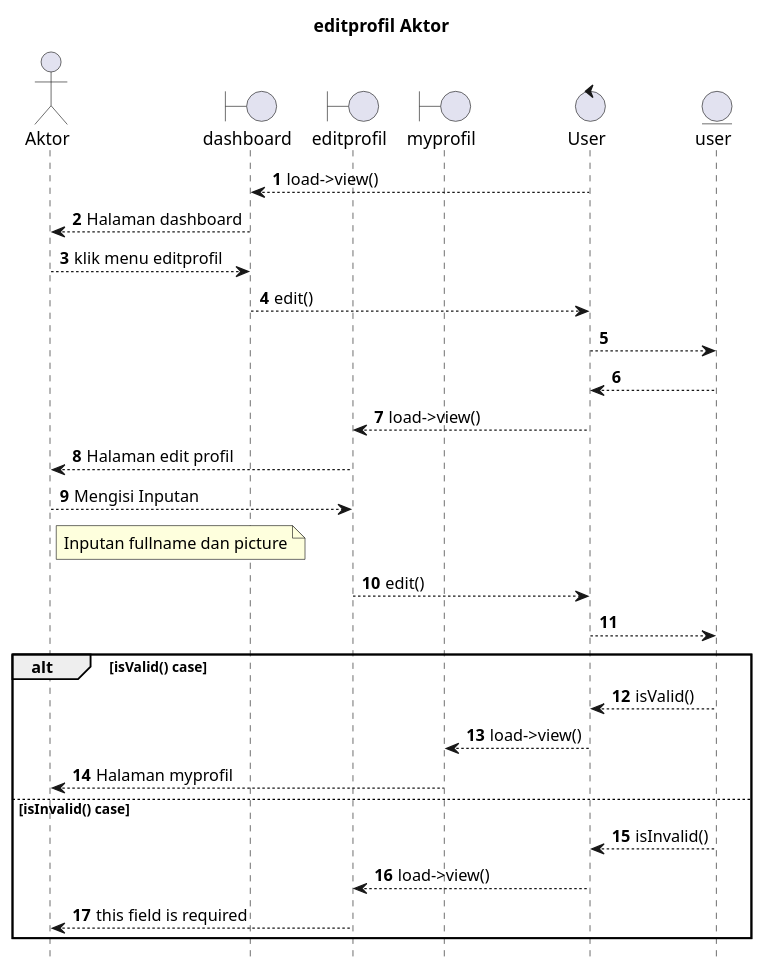
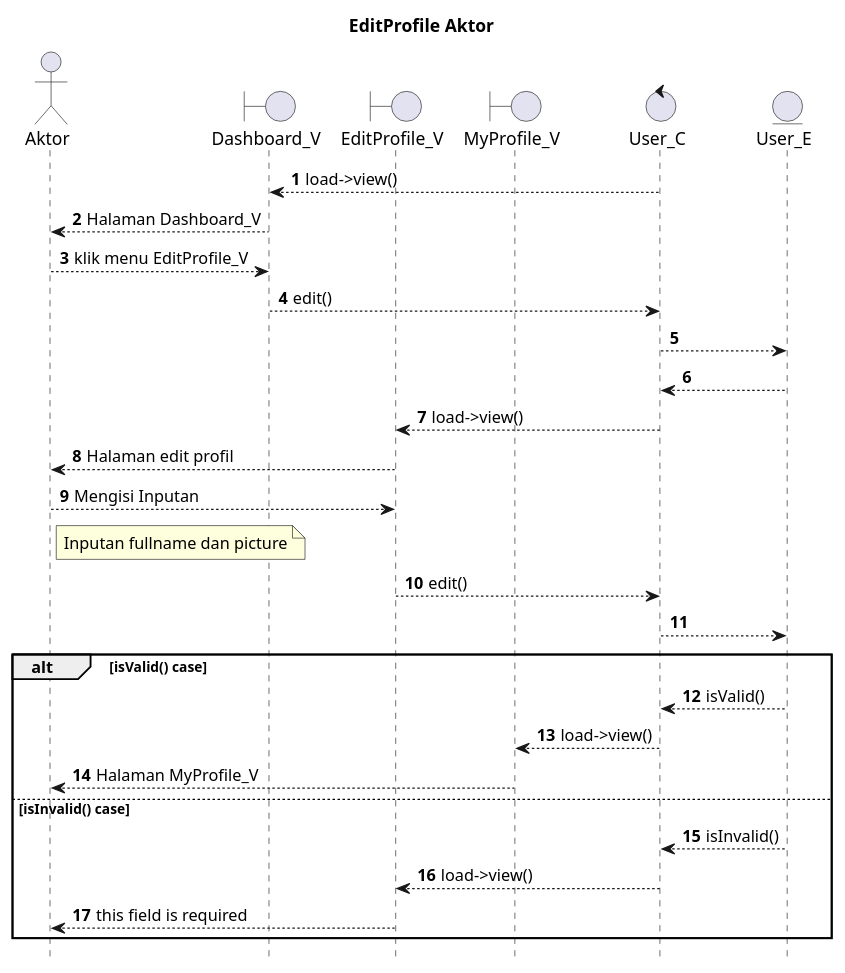
Before and after one commit to kurniado729/sistem_kp: the diagram in UML/user/editprofil.puml, drawn with PlantUML. The commit also changed 54 other files, not shown here.

```diff
--- a/UML/user/editprofil.puml
+++ b/UML/user/editprofil.puml
@@ -1,44 +1,44 @@
 @startuml
 
 autonumber
 hide footbox
-title editprofil Aktor
+title EditProfile Aktor
 
 Actor Aktor
-boundary dashboard
-boundary editprofil
-boundary myprofil
-control User
-Entity user
+boundary Dashboard_V
+boundary EditProfile_V
+boundary MyProfile_V
+control User_C
+Entity User_E
 
-User --> dashboard: load->view()
-dashboard --> Aktor: Halaman dashboard
-Aktor --> dashboard: klik menu editprofil
-dashboard --> User: edit()
-User --> user:
+User_C --> Dashboard_V: load->view()
+Dashboard_V --> Aktor: Halaman Dashboard_V
+Aktor --> Dashboard_V: klik menu EditProfile_V
+Dashboard_V --> User_C: edit()
+User_C --> User_E:
     
-    user --> User:
-    User --> editprofil: load->view()
-    editprofil --> Aktor: Halaman edit profil
+    User_E --> User_C:
+    User_C --> EditProfile_V: load->view()
+    EditProfile_V --> Aktor: Halaman edit profil
 
-Aktor --> editprofil: Mengisi Inputan
+Aktor --> EditProfile_V: Mengisi Inputan
     note right of Aktor
         Inputan fullname dan picture
             end note
-editprofil --> User: edit()
-User --> user:
+EditProfile_V --> User_C: edit()
+User_C --> User_E:
 
 alt isValid() case
     
-    user --> User: isValid()
-    User --> myprofil: load->view()
-    myprofil --> Aktor: Halaman myprofil
+    User_E --> User_C: isValid()
+    User_C --> MyProfile_V: load->view()
+    MyProfile_V --> Aktor: Halaman MyProfile_V
 
 else isInvalid() case
     
-    user --> User: isInvalid()
-    User --> editprofil: load->view()
-    editprofil --> Aktor: this field is required
+    User_E --> User_C: isInvalid()
+    User_C --> EditProfile_V: load->view()
+    EditProfile_V --> Aktor: this field is required
 end
 
 @enduml
```
